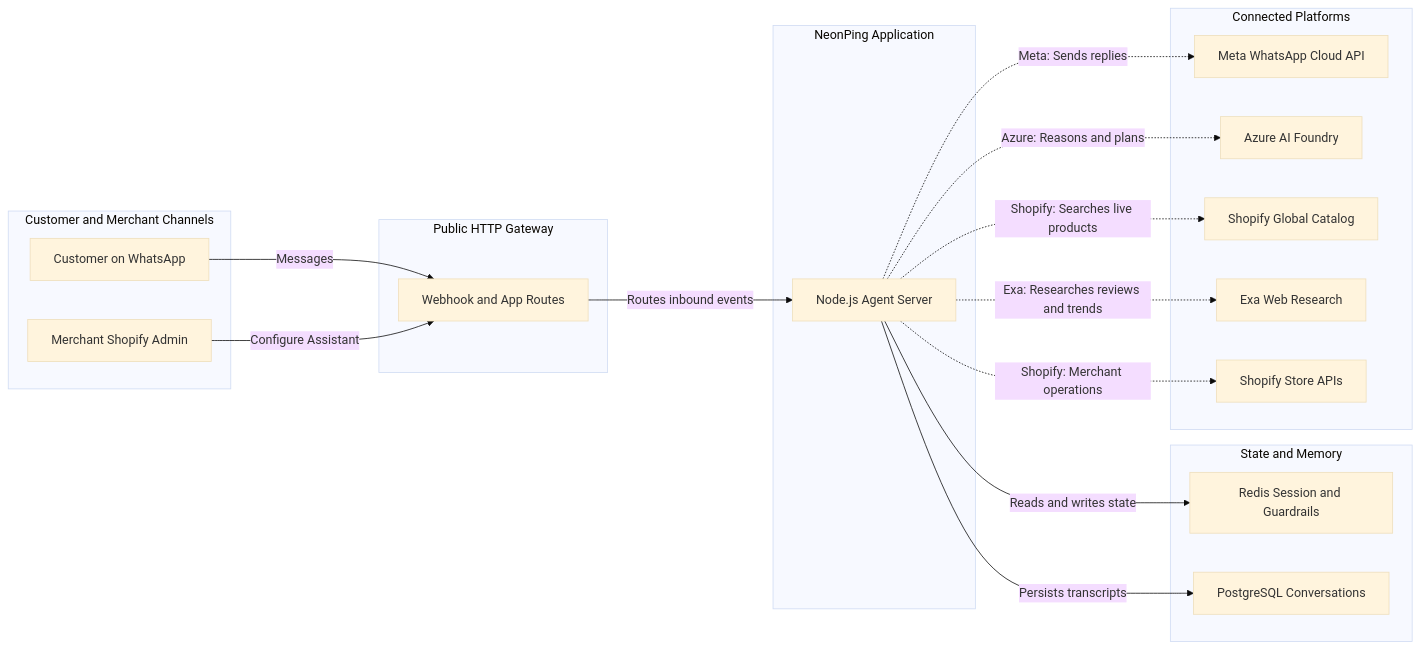
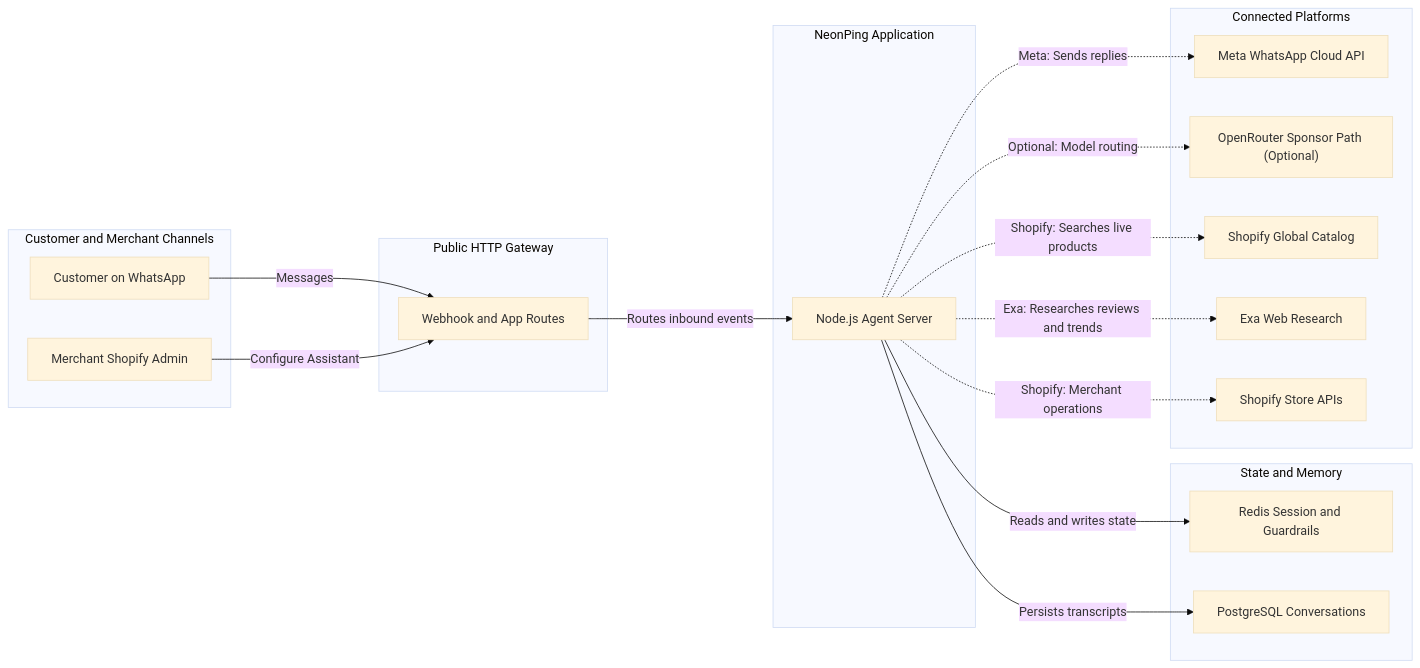
The diagram in README.md (Yash3561/agents), drawn with Mermaid (base theme) before and after one commit. The commit also changed other lines of this file, not shown here.

Commit message:
docs: polish README and add OpenRouter sponsor path

````diff
--- a/README.md
+++ b/README.md
@@ -45,39 +59,39 @@
 ```mermaid
 flowchart LR
   subgraph client ["Customer and Merchant Channels"]
     customer["Customer on WhatsApp"]
     admin["Merchant Shopify Admin"]
   end
 
   subgraph gateway ["Public HTTP Gateway"]
     webhook["Webhook and App Routes"]
   end
 
   subgraph service ["NeonPing Application"]
     appServer["Node.js Agent Server"]
   end
 
   subgraph datastore ["State and Memory"]
     redis["Redis Session and Guardrails"]
     postgres["PostgreSQL Conversations"]
   end
 
   subgraph external ["Connected Platforms"]
     meta["Meta WhatsApp Cloud API"]
-    azure["Azure AI Foundry"]
+    openrouter["OpenRouter Sponsor Path (Optional)"]
     catalog["Shopify Global Catalog"]
     exa["Exa Web Research"]
     shopify["Shopify Store APIs"]
   end
 
   customer -->|"Messages"| webhook
   admin -->|"Configure Assistant"| webhook
   webhook -->|"Routes inbound events"| appServer
   appServer -->|"Reads and writes state"| redis
   appServer -->|"Persists transcripts"| postgres
   appServer -.->|"Meta: Sends replies"| meta
-  appServer -.->|"Azure: Reasons and plans"| azure
+  appServer -.->|"Optional: Model routing"| openrouter
   appServer -.->|"Shopify: Searches live products"| catalog
   appServer -.->|"Exa: Researches reviews and trends"| exa
   appServer -.->|"Shopify: Merchant operations"| shopify
 ```
````
